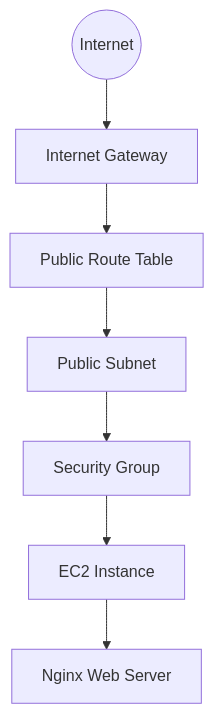
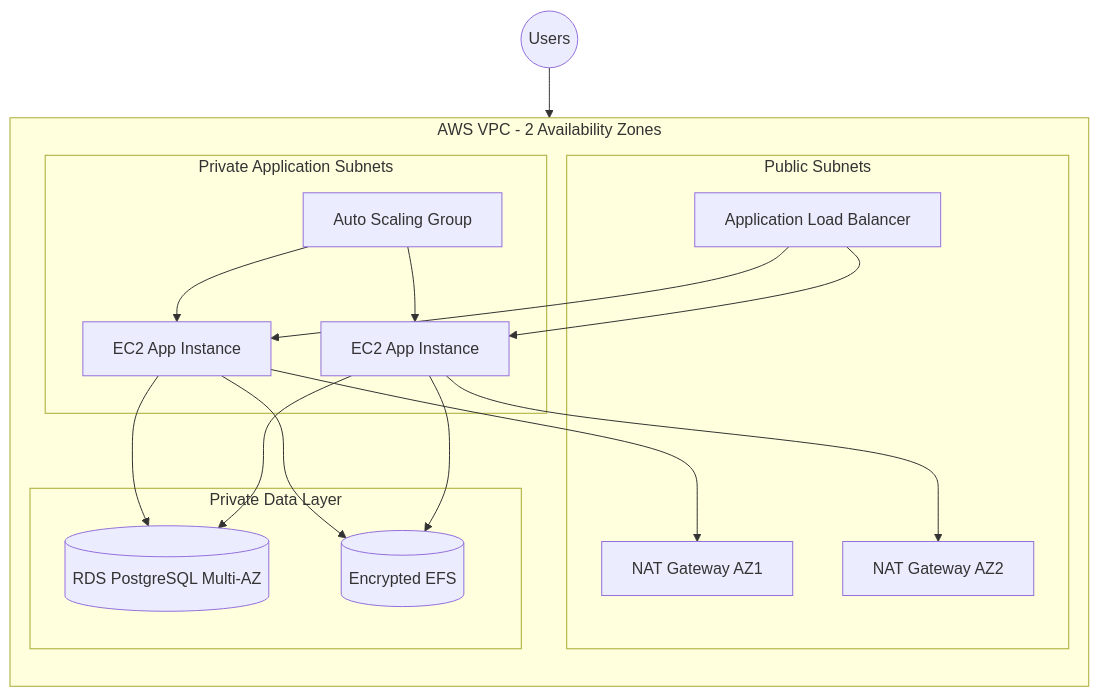
The diagram in README.md (Elgrandeyury/aws-terraform-infrastructure), drawn with Mermaid before and after one commit. The commit also changed other lines of this file, not shown here.

Commit message:
Position repository as advanced AWS Terraform portfolio project

````diff
--- a/README.md
+++ b/README.md
@@ -7,9 +9,36 @@
 ```mermaid
 flowchart TB
-    Internet((Internet)) --> IGW[Internet Gateway]
-    IGW --> RT[Public Route Table]
-    RT --> Subnet[Public Subnet]
-    Subnet --> SG[Security Group]
-    SG --> EC2[EC2 Instance]
-    EC2 --> Nginx[Nginx Web Server]
+    Users((Users)) --> ALB[Application Load Balancer]
+
+    subgraph VPC[AWS VPC - 2 Availability Zones]
+        direction TB
+
+        subgraph Public[Public Subnets]
+            ALB
+            NAT1[NAT Gateway AZ1]
+            NAT2[NAT Gateway AZ2]
+        end
+
+        subgraph App[Private Application Subnets]
+            ASG[Auto Scaling Group]
+            EC21[EC2 App Instance]
+            EC22[EC2 App Instance]
+            ASG --> EC21
+            ASG --> EC22
+        end
+
+        subgraph Data[Private Data Layer]
+            RDS[(RDS PostgreSQL Multi-AZ)]
+            EFS[(Encrypted EFS)]
+        end
+
+        ALB --> EC21
+        ALB --> EC22
+        EC21 --> RDS
+        EC22 --> RDS
+        EC21 --> EFS
+        EC22 --> EFS
+        EC21 --> NAT1
+        EC22 --> NAT2
+    end
 ```
````
